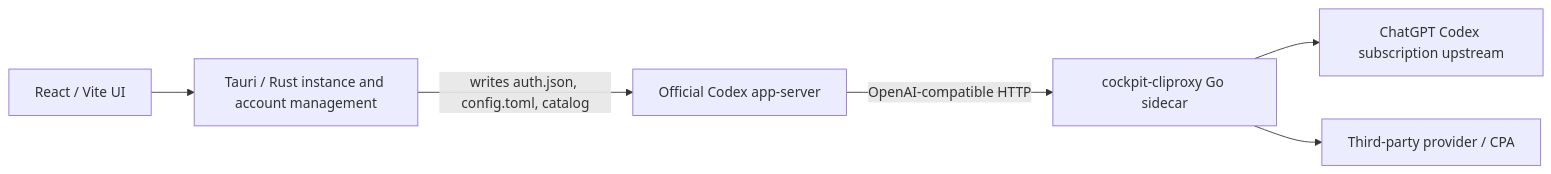
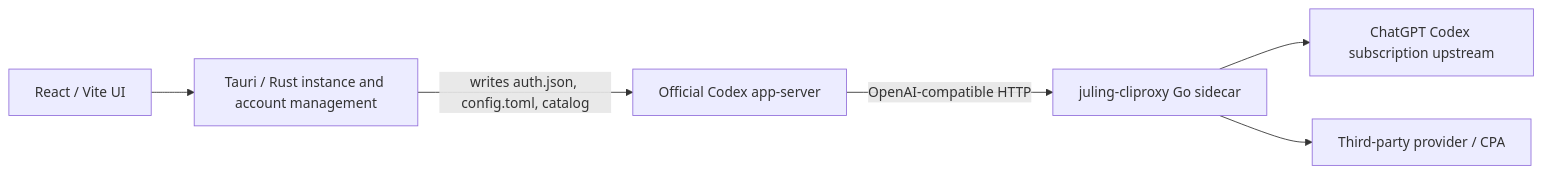
The first of 3 diagrams in docs/CODEX_MIXED_MODEL_ROUTING_DESIGN.md (wu798998264-crypto/juling), drawn with Mermaid before and after one commit. The commit also changed other lines of this file and 1806 other files, not shown here.

````diff
--- a/docs/CODEX_MIXED_MODEL_ROUTING_DESIGN.md
+++ b/docs/CODEX_MIXED_MODEL_ROUTING_DESIGN.md
@@ -33,15 +33,15 @@
 ```mermaid
 flowchart LR
   UI[React / Vite UI]
   Rust[Tauri / Rust instance and account management]
-  Sidecar[cockpit-cliproxy Go sidecar]
+  Sidecar[juling-cliproxy Go sidecar]
   AppServer[Official Codex app-server]
   Official[ChatGPT Codex subscription upstream]
   Provider[Third-party provider / CPA]
 
   UI --> Rust
   Rust -->|writes auth.json, config.toml, catalog| AppServer
   AppServer -->|OpenAI-compatible HTTP| Sidecar
   Sidecar --> Official
   Sidecar --> Provider
 ```
````
